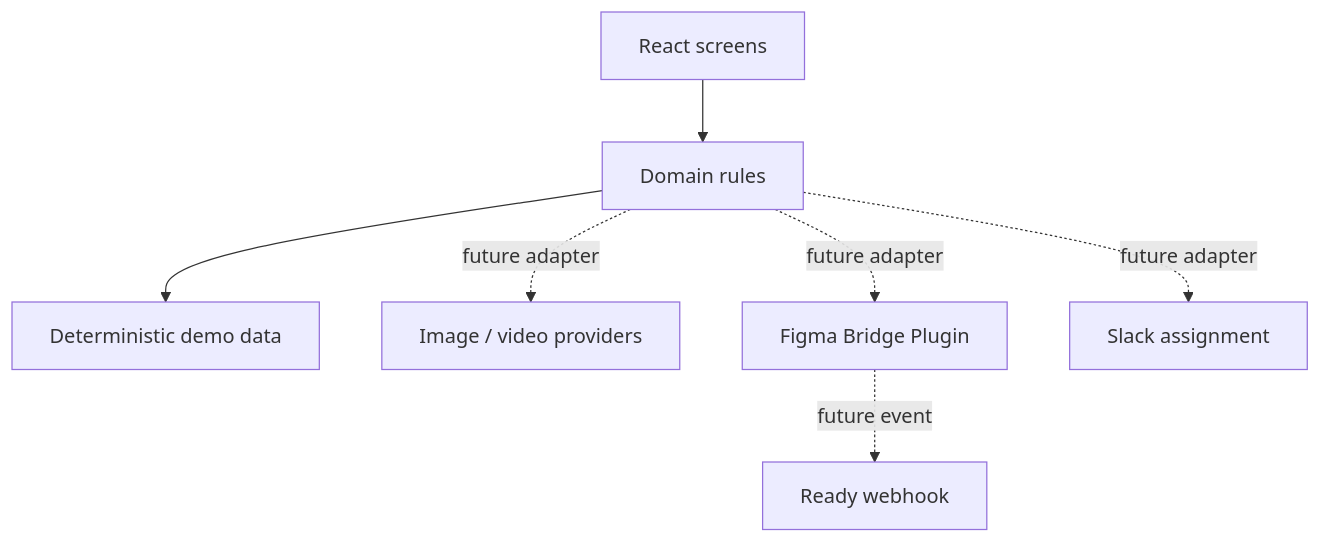
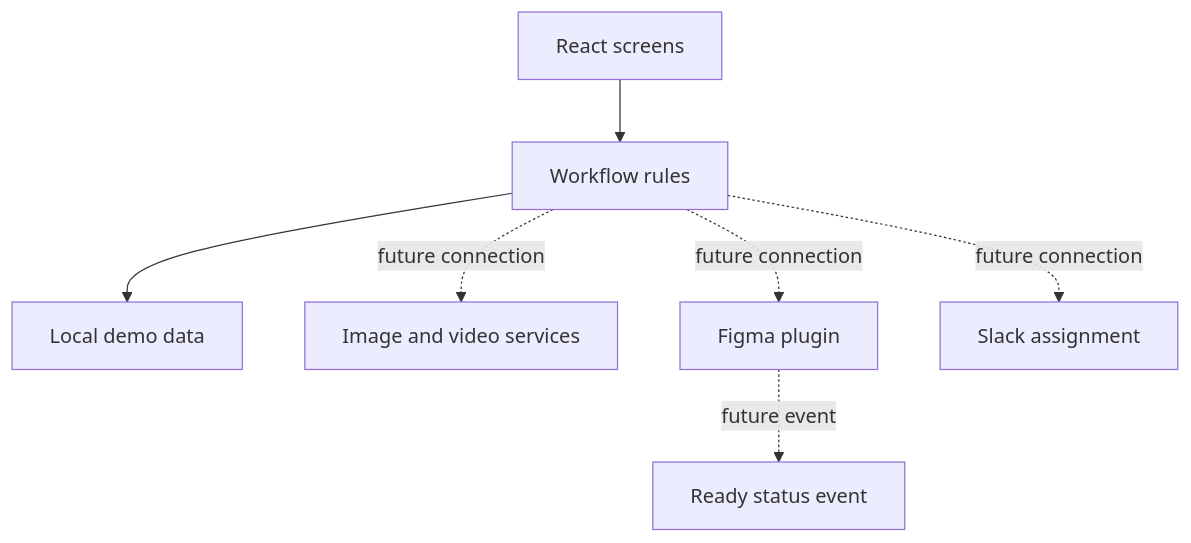
One commit to roman-kovbasyuk/brutalist-design-system changed the diagram in docs-site/architecture.md. Above: the diagram before and after it, drawn with Mermaid. The commit also changed other lines of this file and 3 other files, not shown here.

````diff
--- a/docs-site/architecture.md
+++ b/docs-site/architecture.md
@@ -17,9 +17,9 @@
 ```mermaid
 flowchart TD
-  UI[React screens] --> Domain[Domain rules]
-  Domain --> Demo[Deterministic demo data]
-  Domain -. future adapter .-> Providers[Image / video providers]
-  Domain -. future adapter .-> Figma[Figma Bridge Plugin]
-  Figma -. future event .-> Webhook[Ready webhook]
-  Domain -. future adapter .-> Slack[Slack assignment]
+  UI[React screens] --> Rules[Workflow rules]
+  Rules --> Demo[Local demo data]
+  Rules -. future connection .-> Providers[Image and video services]
+  Rules -. future connection .-> Figma[Figma plugin]
+  Figma -. future event .-> Webhook[Ready status event]
+  Rules -. future connection .-> Slack[Slack assignment]
 ```
````
